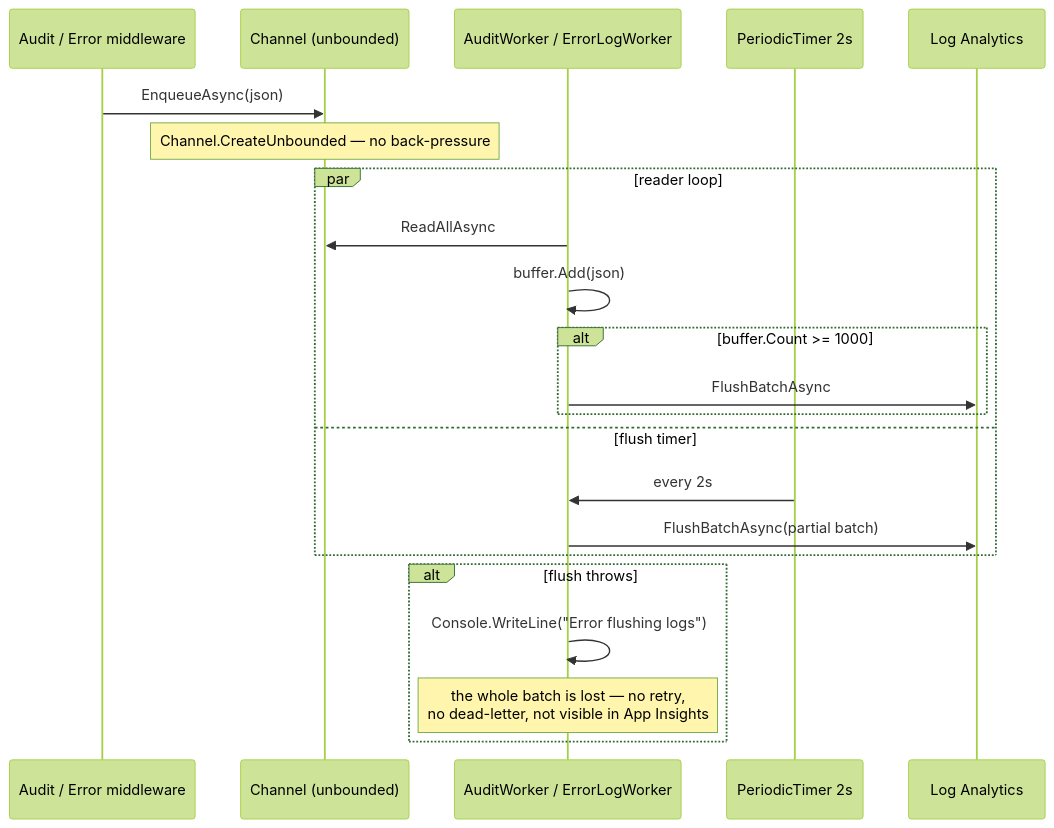
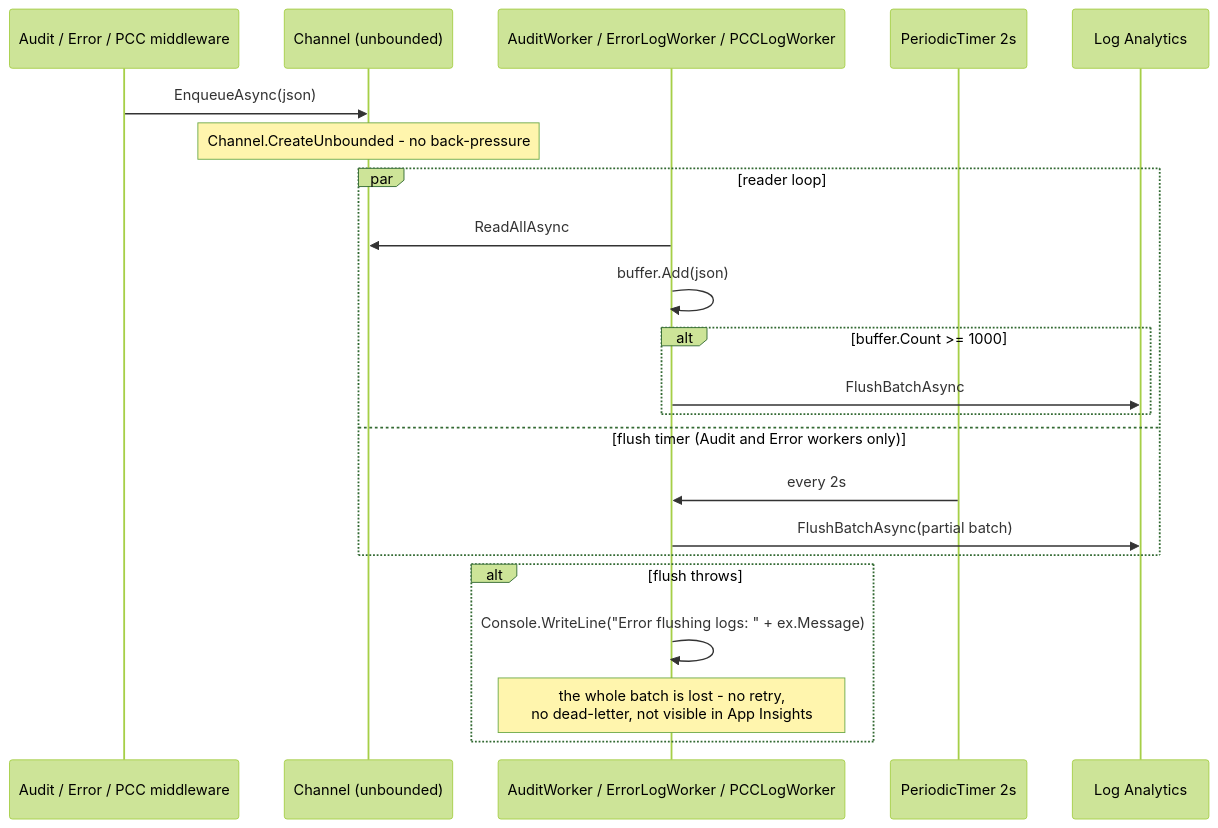
One commit to hemsingh-3PG/sai-systems-AIRE changed the second of 5 diagrams in docs/architecture-diagrams/08-background-processing-deep-dive-diagrams.md. Above: the diagram before and after it, drawn with Mermaid (forest theme). The commit also changed other lines of this file and 285 other files, not shown here.

````diff
--- a/docs/architecture-diagrams/08-background-processing-deep-dive-diagrams.md
+++ b/docs/architecture-diagrams/08-background-processing-deep-dive-diagrams.md
@@ -48,25 +45,25 @@
 ```mermaid
 sequenceDiagram
-  participant MW as Audit / Error middleware
+  participant MW as Audit / Error / PCC middleware
   participant CH as Channel (unbounded)
-  participant W as AuditWorker / ErrorLogWorker
+  participant W as AuditWorker / ErrorLogWorker / PCCLogWorker
   participant TM as PeriodicTimer 2s
   participant LAW as Log Analytics
 
   MW->>CH: EnqueueAsync(json)
-  Note over CH: Channel.CreateUnbounded — no back-pressure
+  Note over CH: Channel.CreateUnbounded - no back-pressure
   par reader loop
     W->>CH: ReadAllAsync
     W->>W: buffer.Add(json)
     alt buffer.Count >= 1000
       W->>LAW: FlushBatchAsync
     end
-  and flush timer
+  and flush timer (Audit and Error workers only)
     TM->>W: every 2s
     W->>LAW: FlushBatchAsync(partial batch)
   end
   alt flush throws
-    W->>W: Console.WriteLine("Error flushing logs")
-    Note over W: the whole batch is lost — no retry,<br/>no dead-letter, not visible in App Insights
+    W->>W: Console.WriteLine("Error flushing logs: " + ex.Message)
+    Note over W: the whole batch is lost - no retry,<br/>no dead-letter, not visible in App Insights
   end
 ```
````
